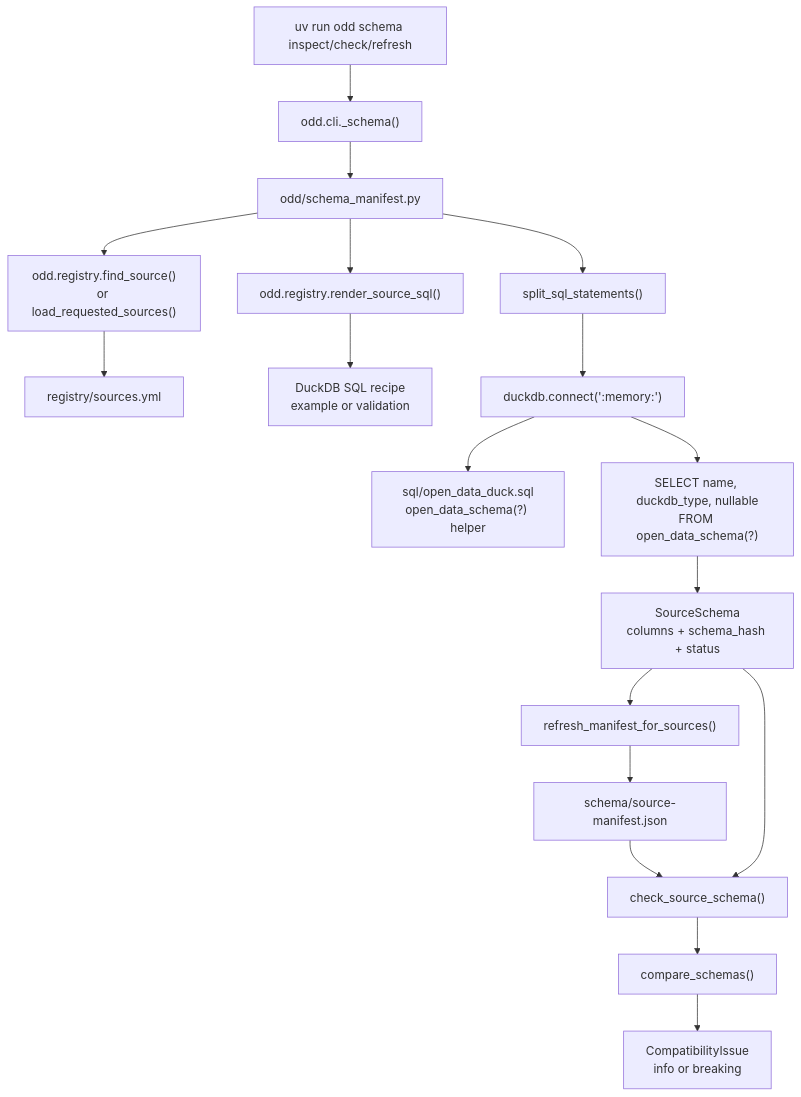
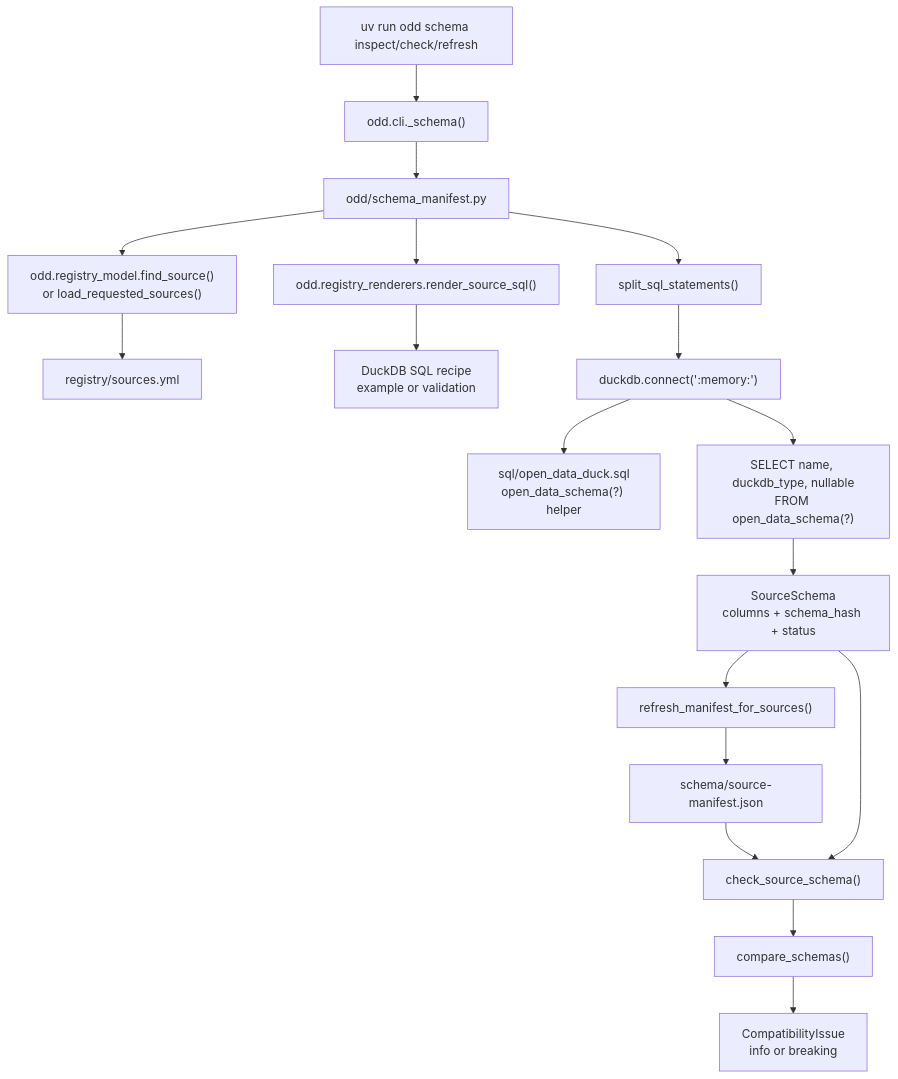
Before and after one commit to nikmarch/open-data-duck: the diagram in docs/architecture/diagrams/schema-manifest-flow.mmd, drawn with Mermaid. The commit also changed 15 other files, not shown here.

```diff
--- a/docs/architecture/diagrams/schema-manifest-flow.mmd
+++ b/docs/architecture/diagrams/schema-manifest-flow.mmd
@@ -1,22 +1,22 @@
 flowchart TD
   CLI["uv run odd schema inspect/check/refresh"] --> CliSchema["odd.cli._schema()"]
   CliSchema --> SchemaManifest["odd/schema_manifest.py"]
 
-  SchemaManifest --> FindSource["odd.registry.find_source()\nor load_requested_sources()"]
+  SchemaManifest --> FindSource["odd.registry_model.find_source()\nor load_requested_sources()"]
   FindSource --> SourcesYaml["registry/sources.yml"]
-  SchemaManifest --> RenderSQL["odd.registry.render_source_sql()"]
+  SchemaManifest --> RenderSQL["odd.registry_renderers.render_source_sql()"]
   RenderSQL --> SQL["DuckDB SQL recipe\nexample or validation"]
 
   SchemaManifest --> Split["split_sql_statements()"]
   Split --> DuckDB["duckdb.connect(':memory:')"]
   DuckDB --> Helpers["sql/open_data_duck.sql\nopen_data_schema(?) helper"]
   DuckDB --> Inspect["SELECT name, duckdb_type, nullable\nFROM open_data_schema(?)"]
   Inspect --> SourceSchema["SourceSchema\ncolumns + schema_hash + status"]
 
   SourceSchema --> Refresh["refresh_manifest_for_sources()"]
   Refresh --> ManifestFile["schema/source-manifest.json"]
 
   ManifestFile --> Check["check_source_schema()"]
   SourceSchema --> Check
   Check --> Compare["compare_schemas()"]
   Compare --> Issues["CompatibilityIssue\ninfo or breaking"]
```
